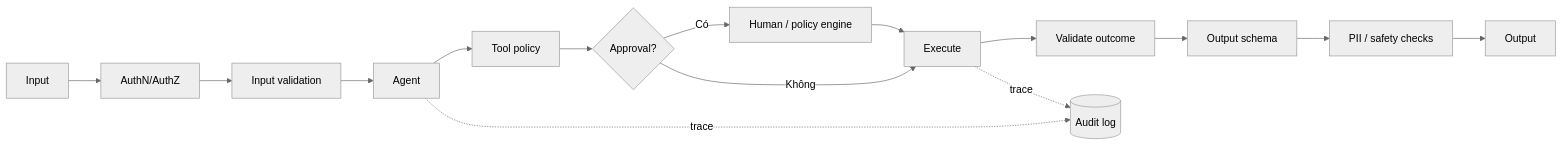
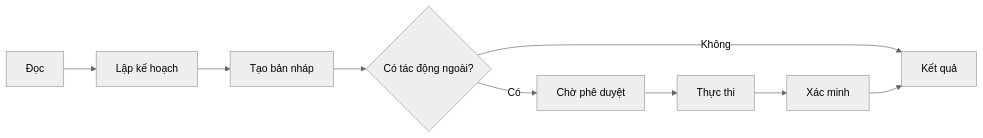
One commit to huynv-xyz/vhm changed the tenth of 12 diagrams in OPENAI_AGENTS_GUIDE_VI.md. Above: the diagram before and after it, drawn with Mermaid (neutral theme). The commit also changed other lines of this file, not shown here.

````diff
--- a/OPENAI_AGENTS_GUIDE_VI.md
+++ b/OPENAI_AGENTS_GUIDE_VI.md
@@ -496,17 +372,11 @@
 ```mermaid
 flowchart LR
-    IN[Input] --> I1[AuthN/AuthZ]
-    I1 --> I2[Input validation]
-    I2 --> AG[Agent]
-    AG --> TC[Tool policy]
-    TC --> AP{Approval?}
-    AP -- Có --> H[Human / policy engine]
-    AP -- Không --> EX[Execute]
-    H --> EX
-    EX --> V[Validate outcome]
-    V --> O1[Output schema]
-    O1 --> O2[PII / safety checks]
-    O2 --> OUT[Output]
-    AG -. trace .-> AUD[(Audit log)]
-    EX -. trace .-> AUD
+    READ[Đọc] --> PLAN[Lập kế hoạch]
+    PLAN --> DRAFT[Tạo bản nháp]
+    DRAFT --> A{Có tác động ngoài?}
+    A -- Không --> OUT[Kết quả]
+    A -- Có --> AP[Chờ phê duyệt]
+    AP --> EX[Thực thi]
+    EX --> VE[Xác minh]
+    VE --> OUT
 ```
````
